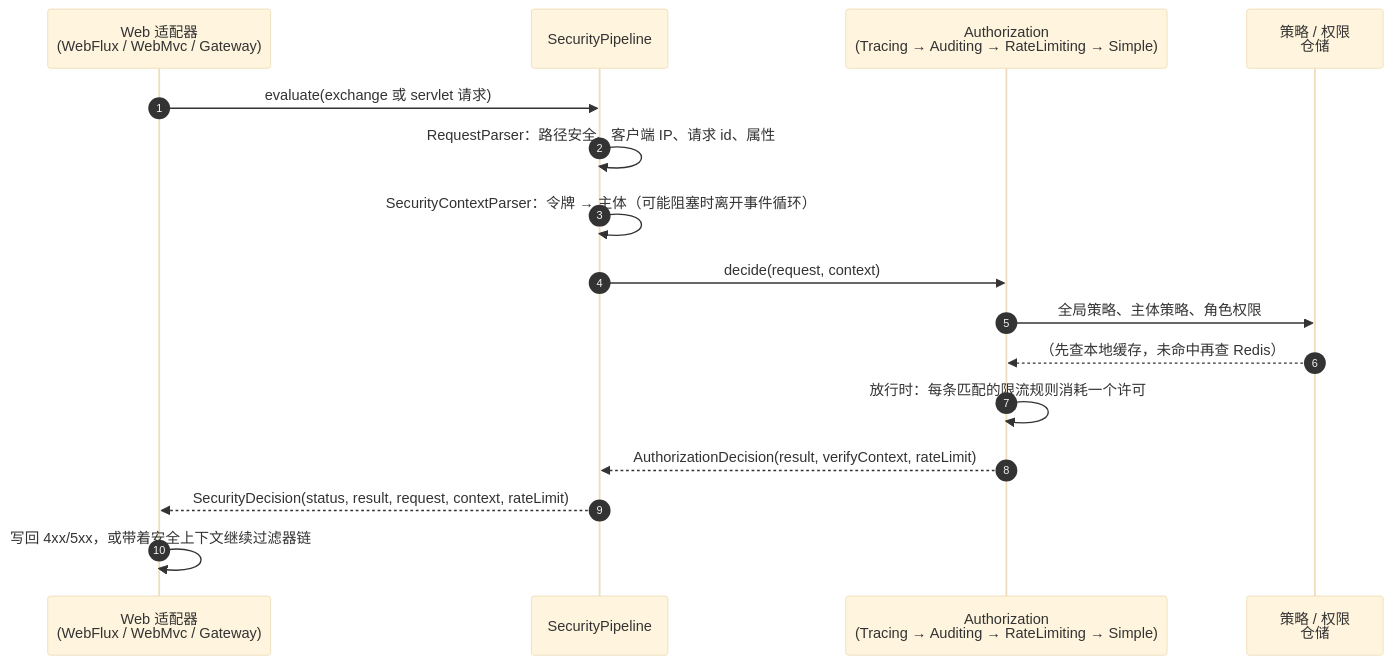
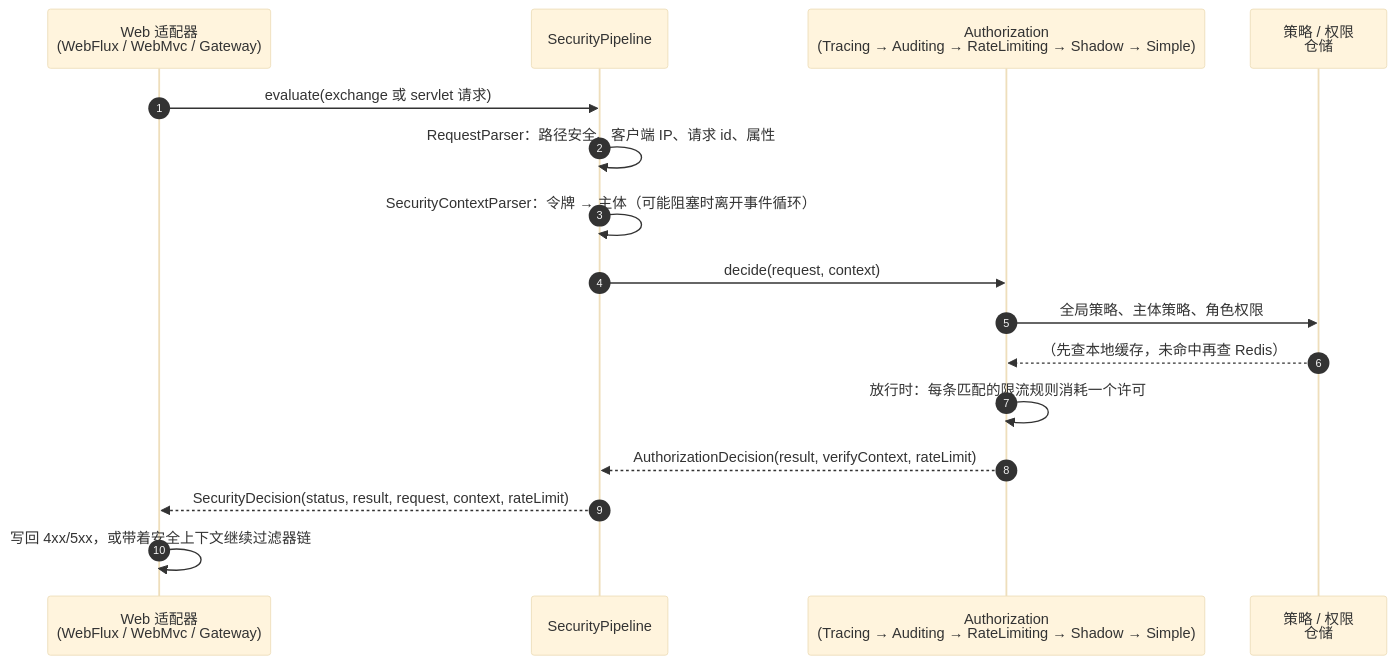
One commit to Ahoo-Wang/CoSec changed the second of 2 diagrams in wiki/zh/architecture/overview.md. Above: the diagram before and after it, drawn with Mermaid (base theme). The commit also changed other lines of this file and 28 other files, not shown here.

````diff
--- a/wiki/zh/architecture/overview.md
+++ b/wiki/zh/architecture/overview.md
@@ -32,18 +32,18 @@
 ```mermaid
 sequenceDiagram
     autonumber
     participant A as Web 适配器<br>(WebFlux / WebMvc / Gateway)
     participant P as SecurityPipeline
-    participant Z as Authorization<br>(Tracing → Auditing → RateLimiting → Simple)
+    participant Z as Authorization<br>(Tracing → Auditing → RateLimiting → Shadow → Simple)
     participant R as 策略 / 权限<br>仓储
     A->>P: evaluate(exchange 或 servlet 请求)
     P->>P: RequestParser：路径安全、客户端 IP、请求 id、属性
     P->>P: SecurityContextParser：令牌 → 主体（可能阻塞时离开事件循环）
     P->>Z: decide(request, context)
     Z->>R: 全局策略、主体策略、角色权限
     R-->>Z: （先查本地缓存，未命中再查 Redis）
     Z->>Z: 放行时：每条匹配的限流规则消耗一个许可
     Z-->>P: AuthorizationDecision(result, verifyContext, rateLimit)
     P-->>A: SecurityDecision(status, result, request, context, rateLimit)
     A->>A: 写回 4xx/5xx，或带着安全上下文继续过滤器链
 ```
````
